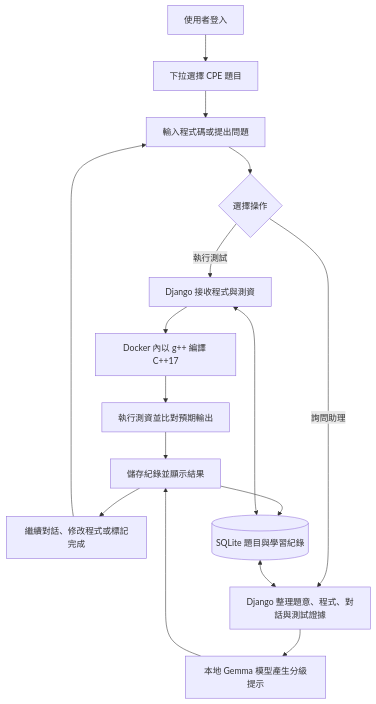
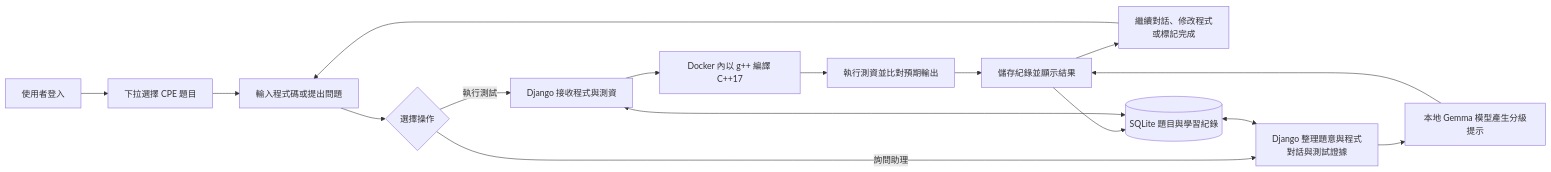
Before and after one commit to yuu1026/CPE-Coach: the diagram in README.md, drawn with Mermaid.

Commit message:
docs: use horizontal system flowchart in README

````diff
--- a/README.md
+++ b/README.md
@@ -34,18 +34,18 @@
 ```mermaid
-flowchart TD
+flowchart LR
     A[使用者登入] --> B[下拉選擇 CPE 題目]
     B --> C[輸入程式碼或提出問題]
     C --> D{選擇操作}
     D -->|執行測試| E[Django 接收程式與測資]
     E --> F[Docker 內以 g++ 編譯 C++17]
     F --> G[執行測資並比對預期輸出]
-    D -->|詢問助理| H[Django 整理題意、程式、對話與測試證據]
+    D -->|詢問助理| H["Django 整理題意與程式<br/>對話與測試證據"]
     H --> I[本地 Gemma 模型產生分級提示]
     G --> J[儲存紀錄並顯示結果]
     I --> J
-    J --> K[繼續對話、修改程式或標記完成]
+    J --> K["繼續對話、修改程式<br/>或標記完成"]
     K --> C
     L[(SQLite 題目與學習紀錄)] <--> E
     L <--> H
     J --> L
 ```
````
